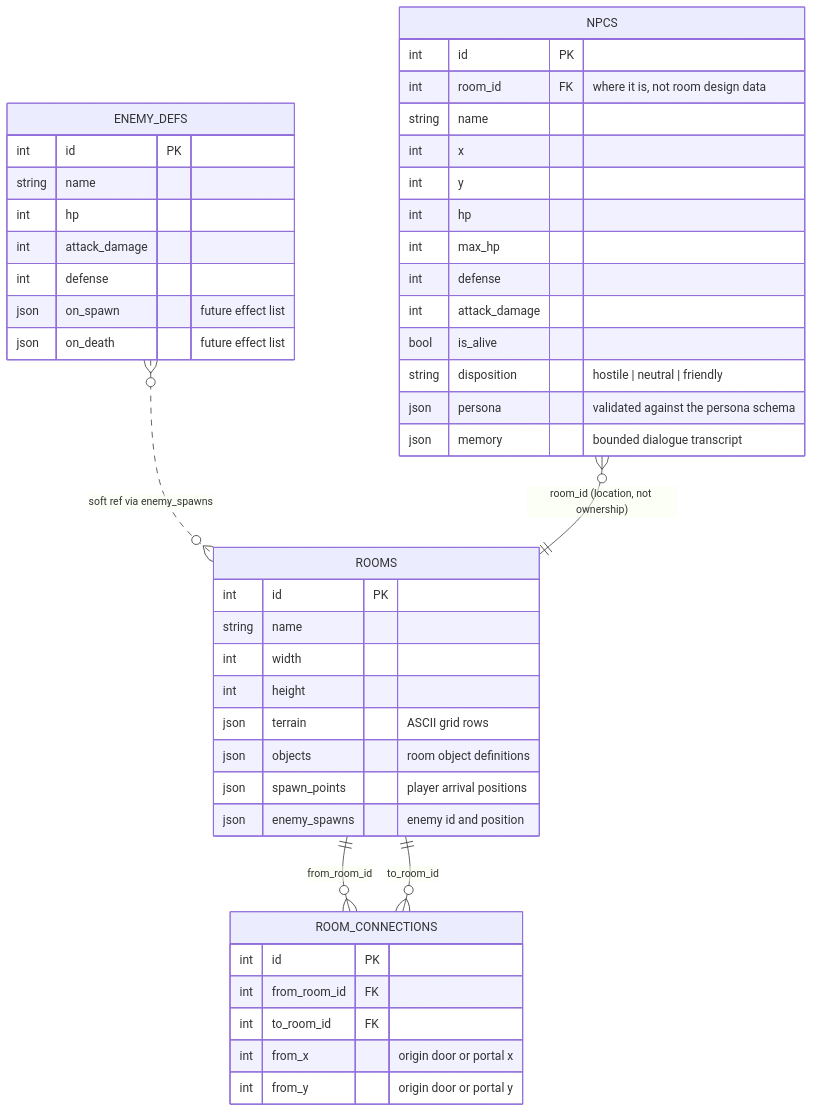
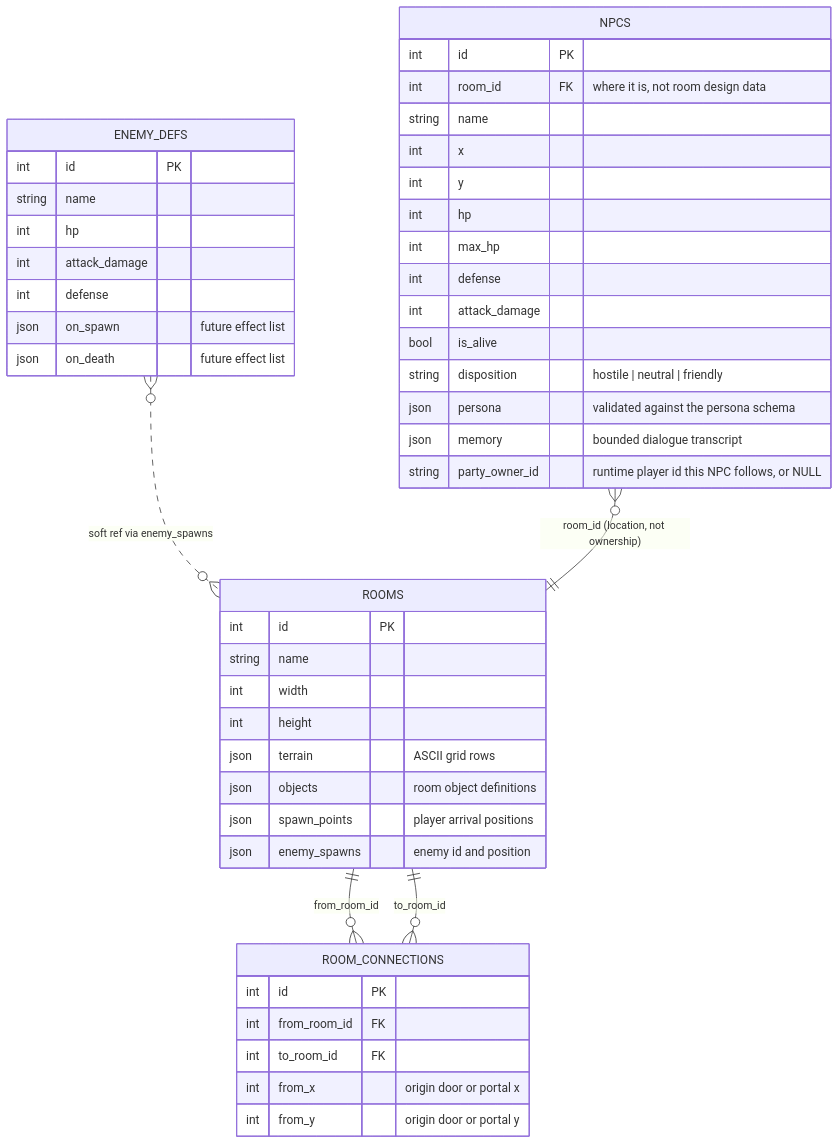
The first of 2 diagrams in docs/DB_SCHEMA.md (GoldenWind8/roguelike-mvp), drawn with Mermaid before and after one commit. The commit also changed other lines of this file and 27 other files, not shown here.

````diff
--- a/docs/DB_SCHEMA.md
+++ b/docs/DB_SCHEMA.md
@@ -18,52 +18,53 @@
 ```mermaid
 erDiagram
     ROOMS ||--o{ ROOM_CONNECTIONS : "from_room_id"
     ROOMS ||--o{ ROOM_CONNECTIONS : "to_room_id"
     ENEMY_DEFS }o..o{ ROOMS : "soft ref via enemy_spawns"
     NPCS }o--|| ROOMS : "room_id (location, not ownership)"
 
     NPCS {
         int id PK
         int room_id FK "where it is, not room design data"
         string name
         int x
         int y
         int hp
         int max_hp
         int defense
         int attack_damage
         bool is_alive
         string disposition "hostile | neutral | friendly"
         json persona "validated against the persona schema"
         json memory "bounded dialogue transcript"
+        string party_owner_id "runtime player id this NPC follows, or NULL"
     }
 
     ROOMS {
         int id PK
         string name
         int width
         int height
         json terrain "ASCII grid rows"
         json objects "room object definitions"
         json spawn_points "player arrival positions"
         json enemy_spawns "enemy id and position"
     }
 
     ROOM_CONNECTIONS {
         int id PK
         int from_room_id FK
         int to_room_id FK
         int from_x "origin door or portal x"
         int from_y "origin door or portal y"
     }
 
     ENEMY_DEFS {
         int id PK
         string name
         int hp
         int attack_damage
         int defense
         json on_spawn "future effect list"
         json on_death "future effect list"
     }
 ```
````
